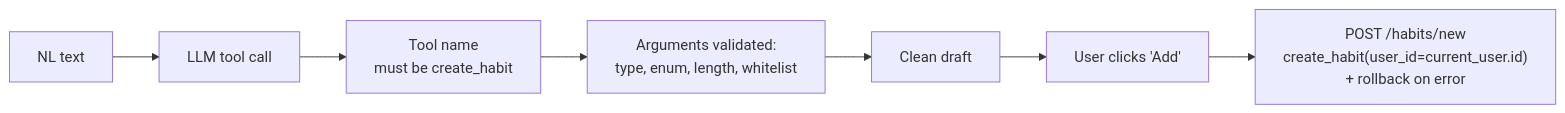
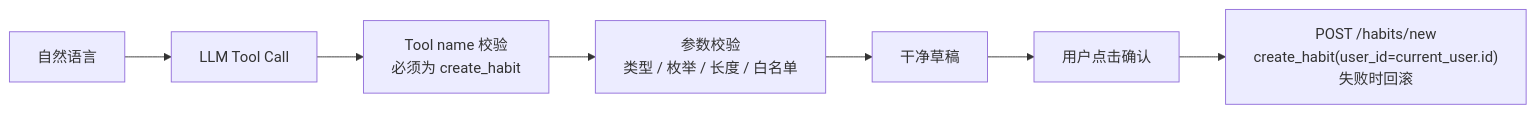
One commit to AriesSure/DailyDot changed the second of 2 diagrams in README.md. Above: the diagram before and after it, drawn with Mermaid. The commit also changed other lines of this file and 6 other files, not shown here.

````diff
--- a/README.md
+++ b/README.md
@@ -77,9 +79,9 @@
 ```mermaid
 flowchart LR
-  Text["NL text"] --> TC["LLM tool call"]
-  TC --> TN["Tool name<br/>must be create_habit"]
-  TN --> Args["Arguments validated:<br/>type, enum, length, whitelist"]
-  Args --> Draft["Clean draft"]
-  Draft --> Confirm["User clicks 'Add'"]
-  Confirm --> DB["POST /habits/new<br/>create_habit(user_id=current_user.id)<br/>+ rollback on error"]
+  Text["自然语言"] --> TC["LLM Tool Call"]
+  TC --> TN["Tool name 校验<br/>必须为 create_habit"]
+  TN --> Args["参数校验<br/>类型 / 枚举 / 长度 / 白名单"]
+  Args --> Draft["干净草稿"]
+  Draft --> Confirm["用户点击确认"]
+  Confirm --> DB["POST /habits/new<br/>create_habit(user_id=current_user.id)<br/>失败时回滚"]
 ```
````
